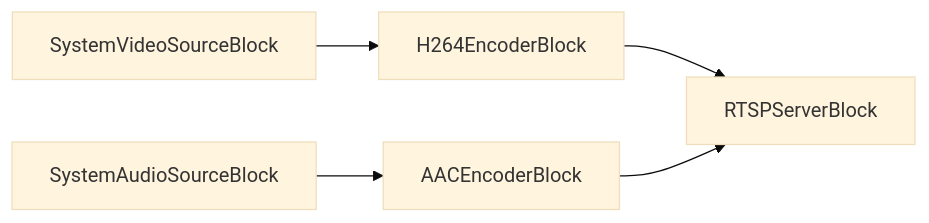
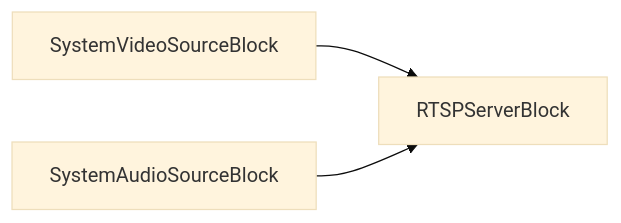
Before and after one commit to visioforge/help: the diagram in dotnet/mediablocks/RTSPServer/index.es.md, drawn with Mermaid (base theme). The commit also changed other lines of this file and 437 other files, not shown here.

````diff
--- a/dotnet/mediablocks/RTSPServer/index.es.md
+++ b/dotnet/mediablocks/RTSPServer/index.es.md
@@ -56,7 +72,5 @@
 ```mermaid
 graph LR;
-    SystemVideoSourceBlock-->H264EncoderBlock;
-    SystemAudioSourceBlock-->AACEncoderBlock;
-    H264EncoderBlock-->RTSPServerBlock;
-    AACEncoderBlock-->RTSPServerBlock;
+    SystemVideoSourceBlock-->RTSPServerBlock;
+    SystemAudioSourceBlock-->RTSPServerBlock;
 ```
````
